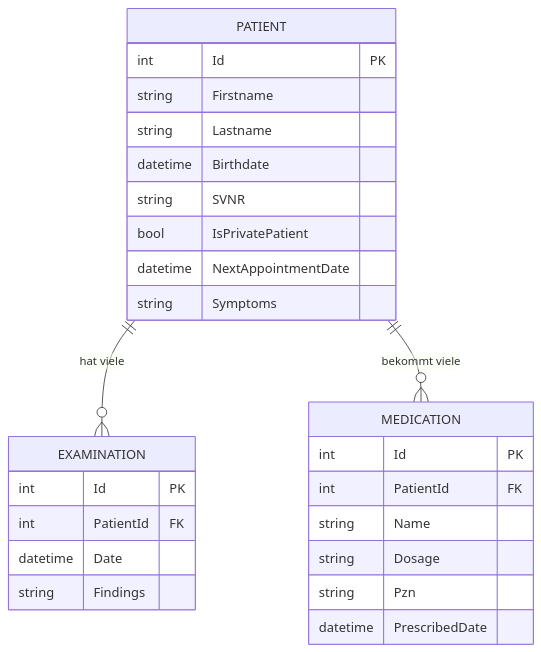
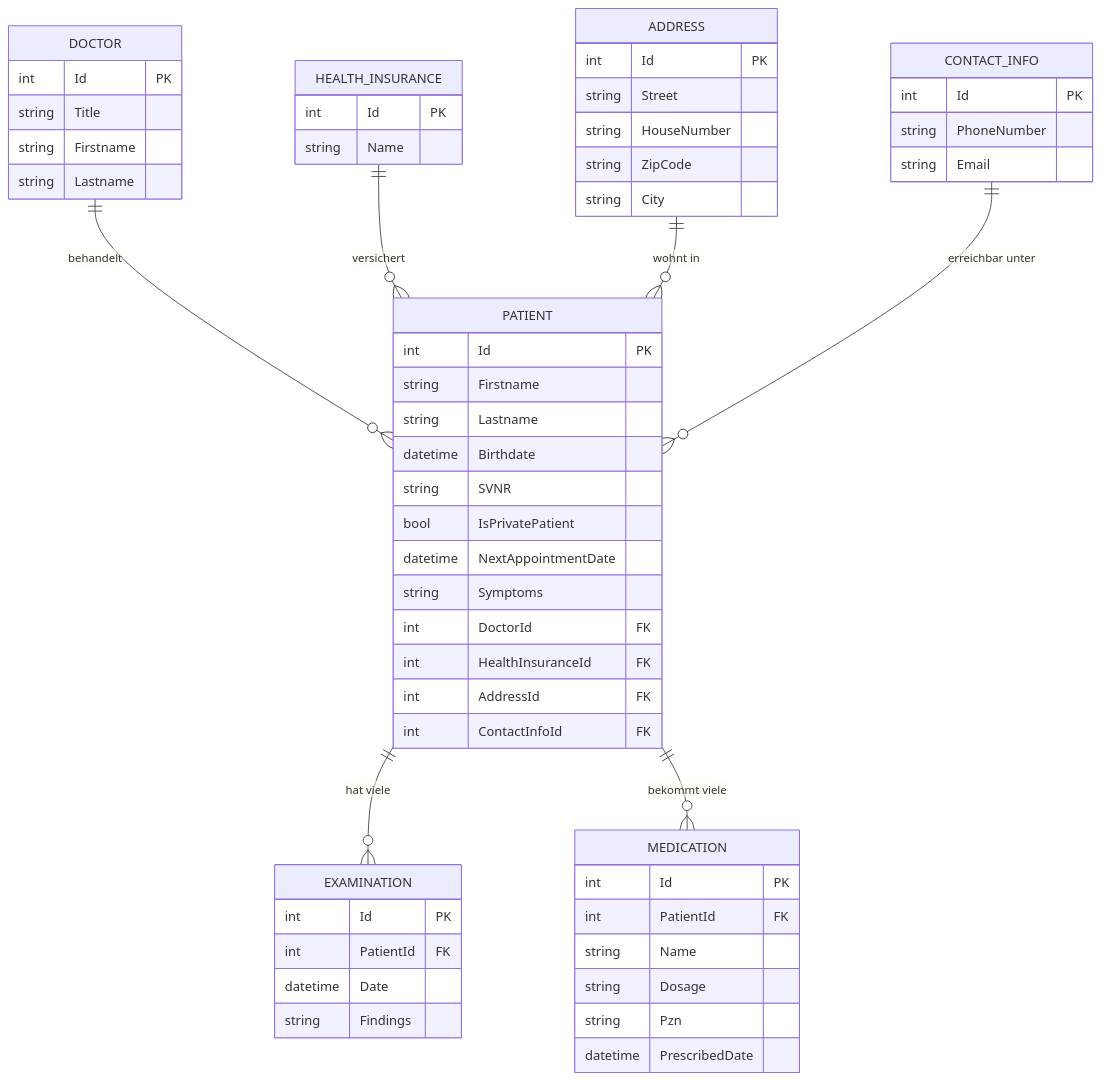
Before and after one commit to T-Boyke/C-Sharp-ASP-Fundamentals: the sixth of 6 diagrams in 07_Patienten/docs/07_Patienten_UML_Architecture.md, drawn with Mermaid. The commit also changed other lines of this file and 1 other file, not shown here.

Commit message:
docs: Update README and UML architecture for 3NF normalization

````diff
--- a/07_Patienten/docs/07_Patienten_UML_Architecture.md
+++ b/07_Patienten/docs/07_Patienten_UML_Architecture.md
@@ -155,29 +176,60 @@
 ```mermaid
 erDiagram
+    DOCTOR ||--o{ PATIENT : "behandelt"
+    HEALTH_INSURANCE ||--o{ PATIENT : "versichert"
+    ADDRESS ||--o{ PATIENT : "wohnt in"
+    CONTACT_INFO ||--o{ PATIENT : "erreichbar unter"
     PATIENT ||--o{ EXAMINATION : "hat viele"
     PATIENT ||--o{ MEDICATION : "bekommt viele"
+
+    DOCTOR {
+        int Id PK
+        string Title
+        string Firstname
+        string Lastname
+    }
+    HEALTH_INSURANCE {
+        int Id PK
+        string Name
+    }
+    ADDRESS {
+        int Id PK
+        string Street
+        string HouseNumber
+        string ZipCode
+        string City
+    }
+    CONTACT_INFO {
+        int Id PK
+        string PhoneNumber
+        string Email
+    }
     PATIENT {
         int Id PK
         string Firstname
         string Lastname
         datetime Birthdate
         string SVNR
         bool IsPrivatePatient
         datetime NextAppointmentDate
         string Symptoms
+        int DoctorId FK
+        int HealthInsuranceId FK
+        int AddressId FK
+        int ContactInfoId FK
     }
     EXAMINATION {
         int Id PK
         int PatientId FK
         datetime Date
         string Findings
     }
     MEDICATION {
         int Id PK
         int PatientId FK
         string Name
         string Dosage
         string Pzn
         datetime PrescribedDate
     }
 ```
````
